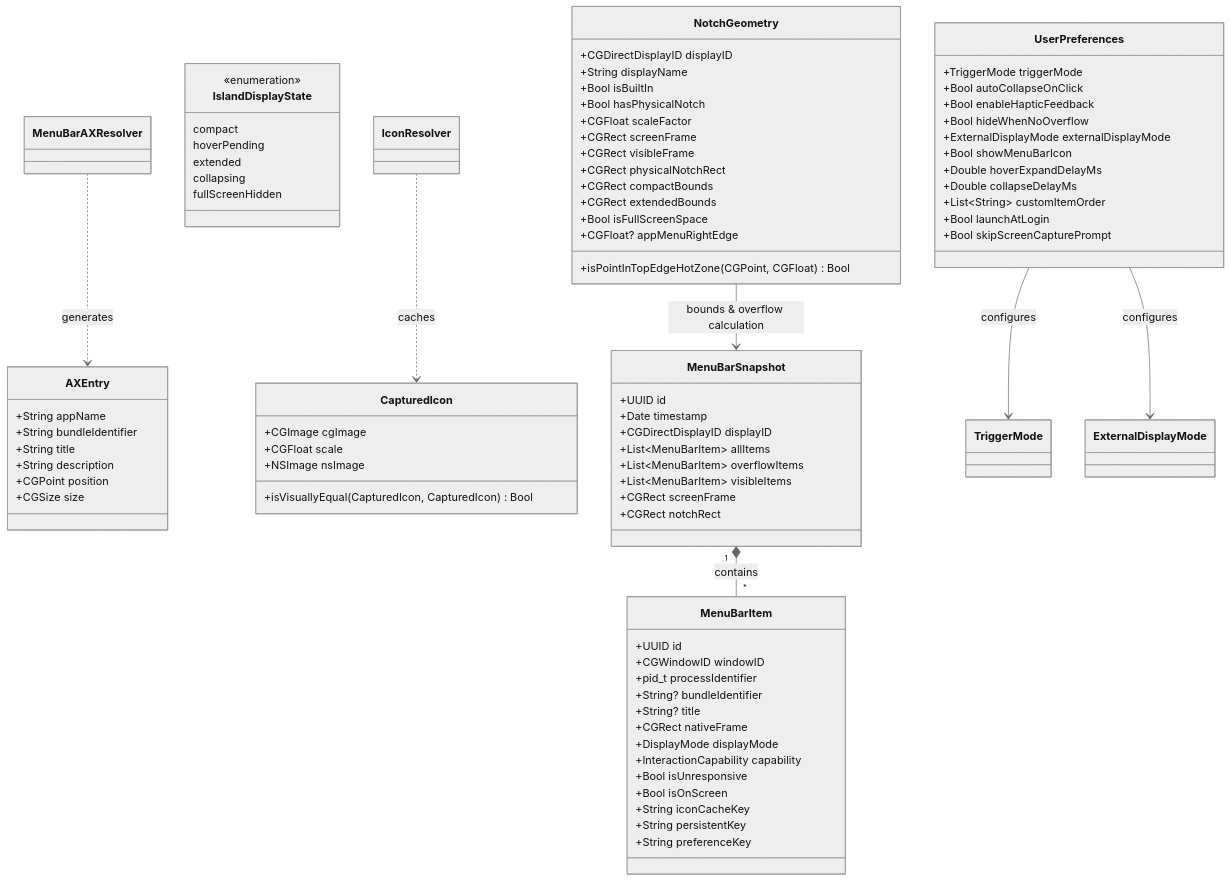
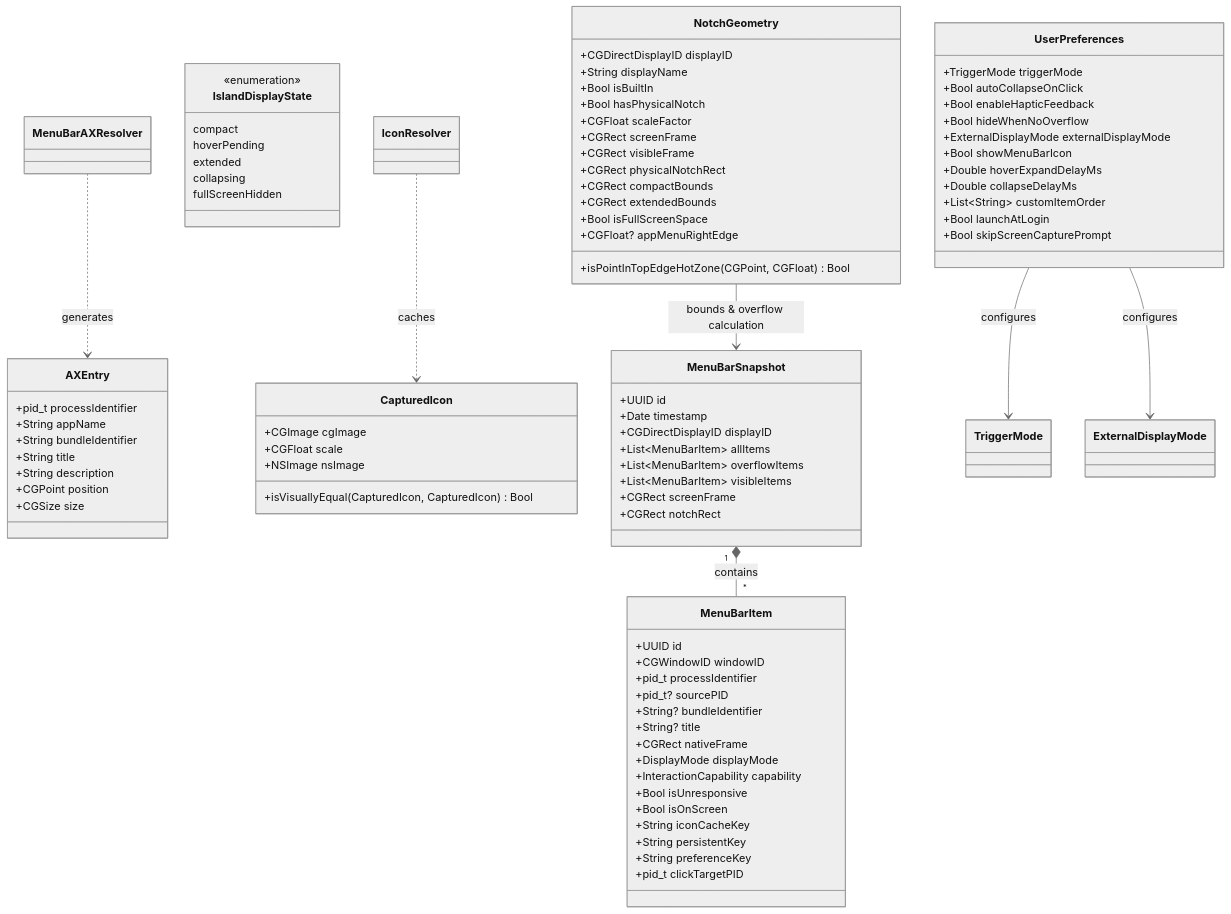
Before and after one commit to AeroSheepZ/NotchRail: the first of 2 diagrams in docs/DOMAIN_MODEL.md, drawn with Mermaid (neutral theme). The commit also changed other lines of this file and 37 other files, not shown here.

```diff
--- a/docs/DOMAIN_MODEL.md
+++ b/docs/DOMAIN_MODEL.md
@@ -16,6 +16,7 @@
         +UUID id
         +CGWindowID windowID
         +pid_t processIdentifier
+        +pid_t? sourcePID
         +String? bundleIdentifier
         +String? title
         +CGRect nativeFrame
@@ -26,9 +27,11 @@
         +String iconCacheKey
         +String persistentKey
         +String preferenceKey
+        +pid_t clickTargetPID
     }
 
     class AXEntry {
+        +pid_t processIdentifier
         +String appName
         +String bundleIdentifier
         +String title
```
